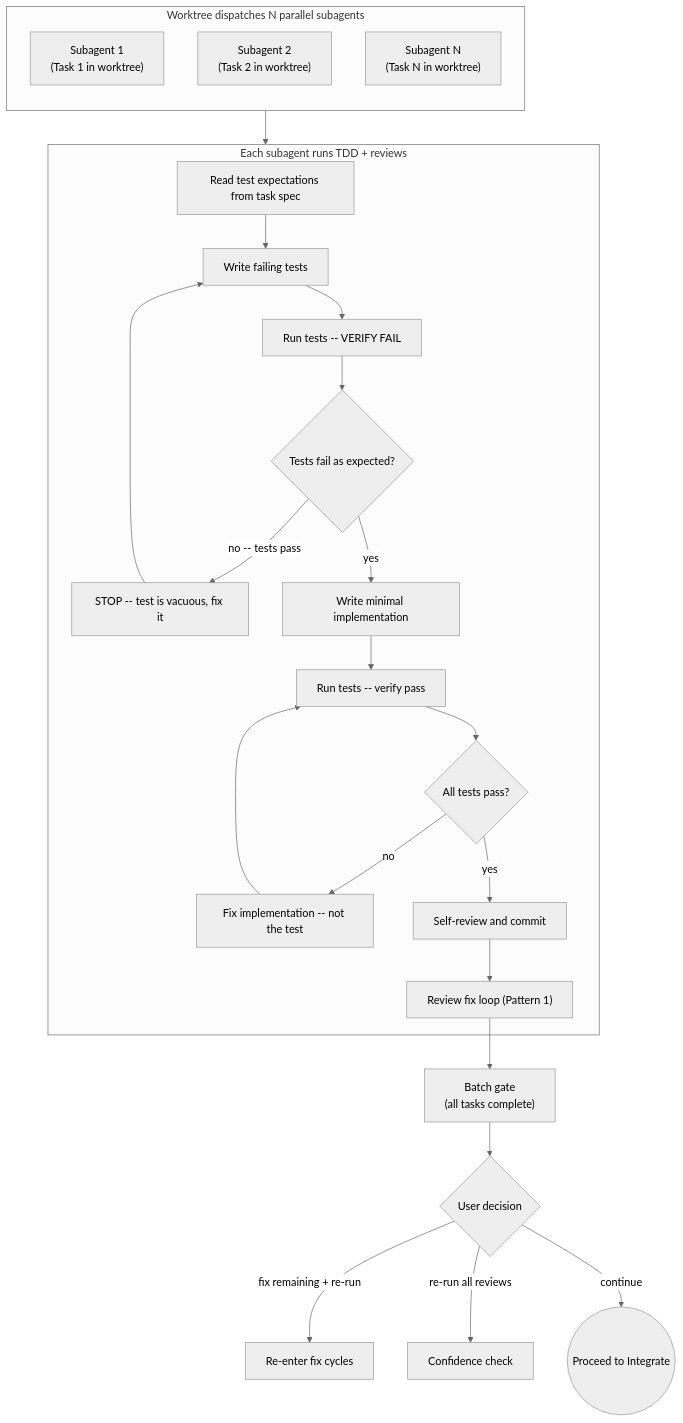
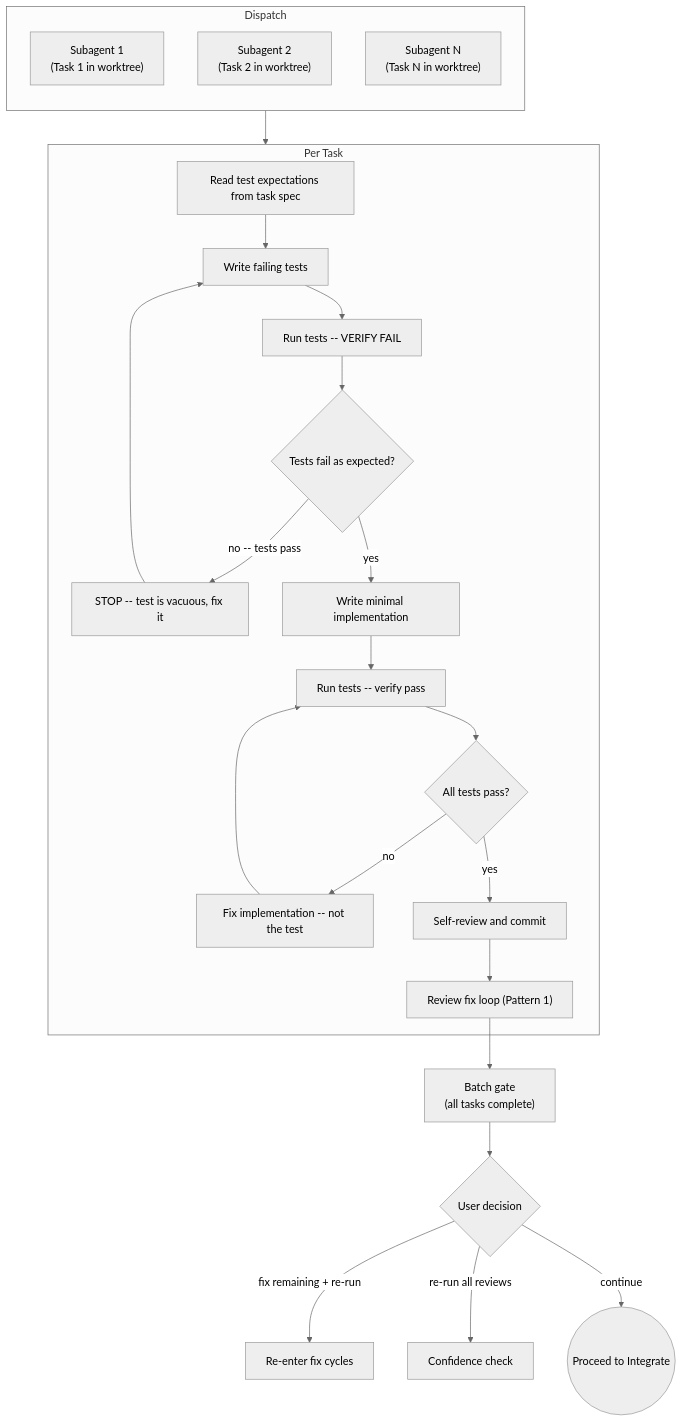
One commit to dfrysinger/qrspi-plus changed the tenth of 19 diagrams in README.md. Above: the diagram before and after it, drawn with Mermaid (neutral theme). The commit also changed other lines of this file and 9 other files, not shown here.

````diff
--- a/README.md
+++ b/README.md
@@ -251,32 +227,32 @@
 ```mermaid
 flowchart TD
-    subgraph dispatch["Worktree dispatches N parallel subagents"]
+    subgraph dispatch["Dispatch"]
         direction TB
-        SA1["Subagent 1\n(Task 1 in worktree)"]
-        SA2["Subagent 2\n(Task 2 in worktree)"]
-        SAN["Subagent N\n(Task N in worktree)"]
+        SA1["Subagent 1<br>(Task 1 in worktree)"]
+        SA2["Subagent 2<br>(Task 2 in worktree)"]
+        SAN["Subagent N<br>(Task N in worktree)"]
     end
 
-    subgraph pertask["Each subagent runs TDD + reviews"]
+    subgraph pertask["Per Task"]
         A[Read test expectations from task spec] --> B[Write failing tests]
         B --> C[Run tests -- VERIFY FAIL]
         C --> D{Tests fail as expected?}
         D -->|no -- tests pass| E[STOP -- test is vacuous, fix it]
         E --> B
         D -->|yes| F[Write minimal implementation]
         F --> G[Run tests -- verify pass]
         G --> H{All tests pass?}
         H -->|no| I[Fix implementation -- not the test]
         I --> G
         H -->|yes| J[Self-review and commit]
         J --> K["Review fix loop (Pattern 1)"]
     end
 
     dispatch --> pertask
 
-    K --> L["Batch gate\n(all tasks complete)"]
+    K --> L["Batch gate<br>(all tasks complete)"]
     L --> M{User decision}
     M -->|fix remaining + re-run| N[Re-enter fix cycles]
     M -->|re-run all reviews| O[Confidence check]
     M -->|continue| P((Proceed to Integrate))
 ```
````
